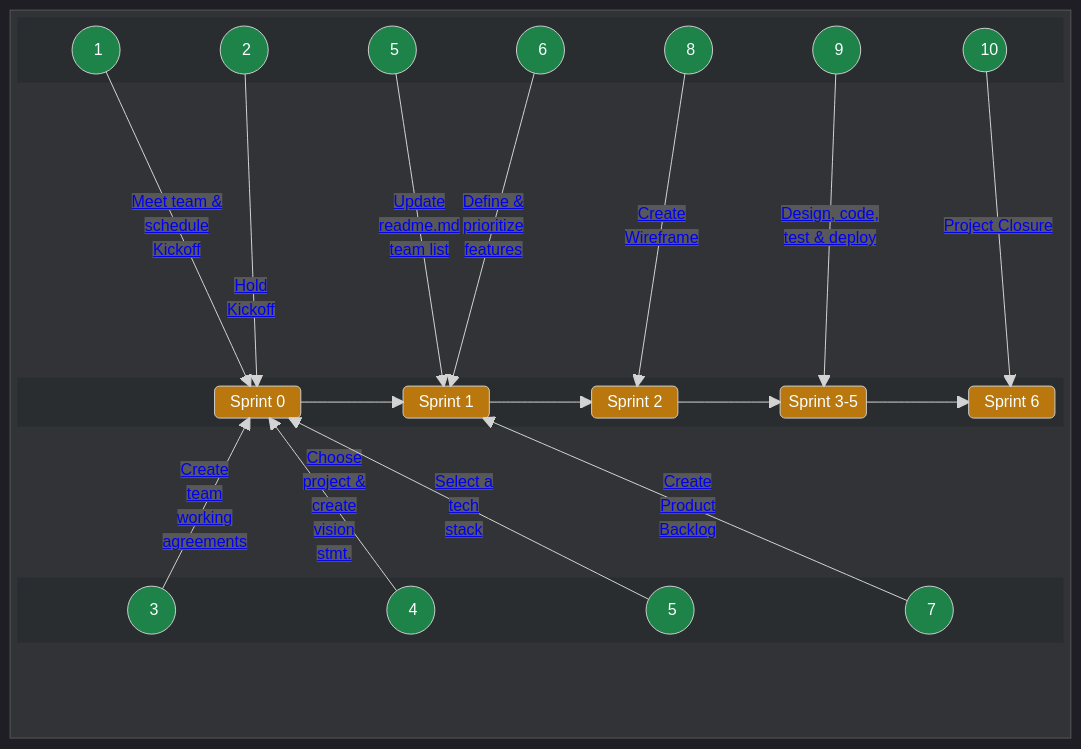
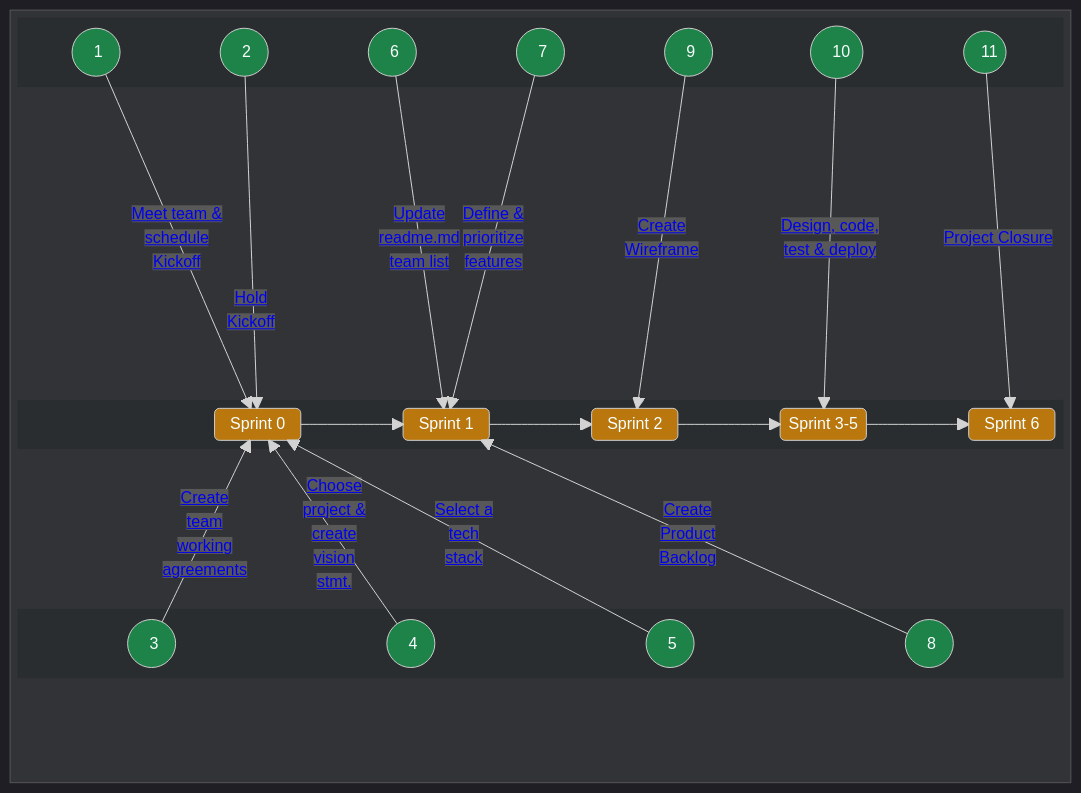
One commit to chingu-voyages/Handbook changed the first of 2 diagrams in docs/guides/voyage/voyage.md. Above: the diagram before and after it, drawn with Mermaid.

Commit message:
Feature: Update sprint diagram task ordering

```diff
--- a/docs/guides/voyage/voyage.md
+++ b/docs/guides/voyage/voyage.md
@@ -73,11 +73,11 @@
         columns 11
         A1(("&nbsp;&nbsp;&nbsp; 1 &nbsp;&nbsp;"))
         A2(("&nbsp;&nbsp;&nbsp; 2 &nbsp;&nbsp;"))
-        A6(("&nbsp;&nbsp;&nbsp; 5 &nbsp;&nbsp;"))
-        A7(("&nbsp;&nbsp;&nbsp; 6 &nbsp;&nbsp;"))
-        A9(("&nbsp;&nbsp;&nbsp; 8 &nbsp;&nbsp;"))
-        A10(("&nbsp;&nbsp;&nbsp; 9 &nbsp;&nbsp;"))
-        A11(("&nbsp;&nbsp;&nbsp;10&nbsp;"))
+        A6(("&nbsp;&nbsp;&nbsp; 6 &nbsp;&nbsp;"))
+        A7(("&nbsp;&nbsp;&nbsp; 7 &nbsp;&nbsp;"))
+        A9(("&nbsp;&nbsp;&nbsp; 9 &nbsp;&nbsp;"))
+        A10(("&nbsp;&nbsp;&nbsp; 10&nbsp;&nbsp;"))
+        A11(("&nbsp;&nbsp;&nbsp;11&nbsp;"))
       end
       space
       space
@@ -104,7 +104,7 @@
         A3(("&nbsp;&nbsp;&nbsp; 3 &nbsp;&nbsp;"))
         A4(("&nbsp;&nbsp;&nbsp; 4 &nbsp;&nbsp;"))
         A5(("&nbsp;&nbsp;&nbsp; 5 &nbsp;&nbsp;"))
-        A8(("&nbsp;&nbsp;&nbsp; 7 &nbsp;&nbsp;"))
+        A8(("&nbsp;&nbsp;&nbsp; 8 &nbsp;&nbsp;"))
       end
       space
 
```
